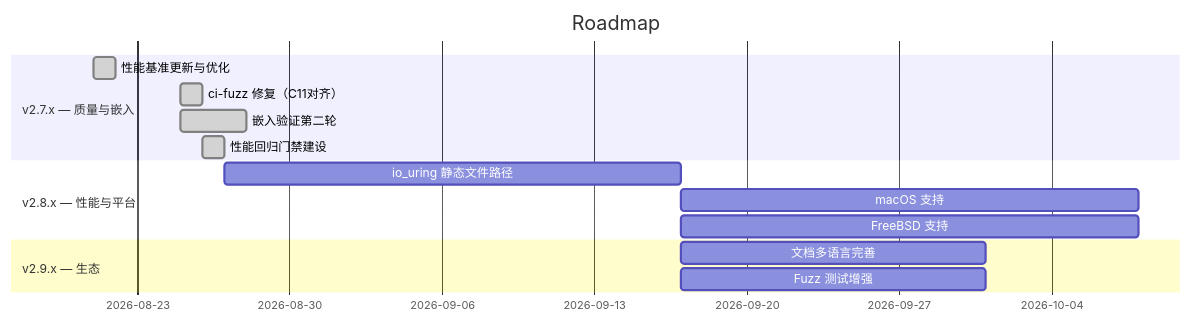
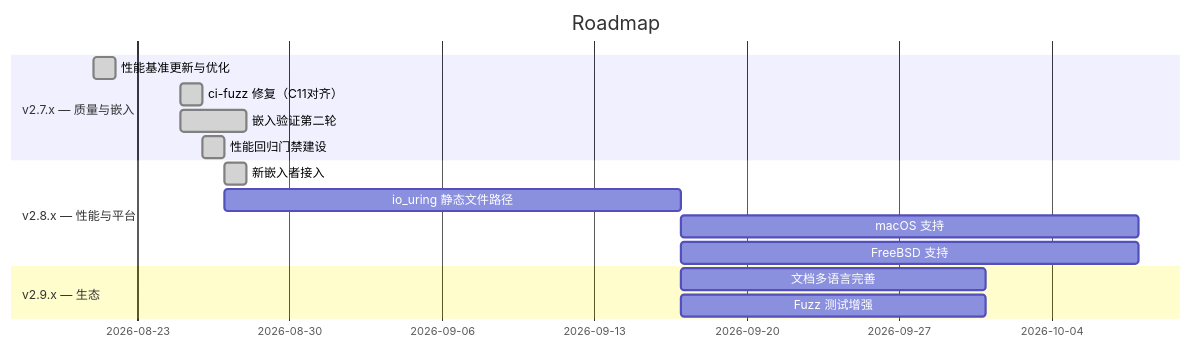
The diagram in brain/roadmap.md (adam-ikari/uvhttp), drawn with Mermaid before and after one commit. The commit also changed other lines of this file and 13 other files, not shown here.

````diff
--- a/brain/roadmap.md
+++ b/brain/roadmap.md
@@ -12,17 +12,18 @@
 ```mermaid
 gantt
   title Roadmap
   dateFormat YYYY-MM-DD
   section v2.7.x — 质量与嵌入
   性能基准更新与优化        :done, b1, 2026-08-21, 1d
   ci-fuzz 修复（C11对齐）  :done, b1b, 2026-08-25, 1d
   嵌入验证第二轮            :done, a3, 2026-08-25, 3d
   性能回归门禁建设          :done, b0, 2026-08-26, 1d
   section v2.8.x — 性能与平台
+  新嵌入者接入              :done, a4, 2026-08-27, 1d
   io_uring 静态文件路径     :b2, after b0, 21d
   macOS 支持               :c2, after b2, 21d
   FreeBSD 支持             :c3, after b2, 21d
   section v2.9.x — 生态
   文档多语言完善            :c1, after b2, 14d
   Fuzz 测试增强            :c4, after b2, 14d
 ```
````
